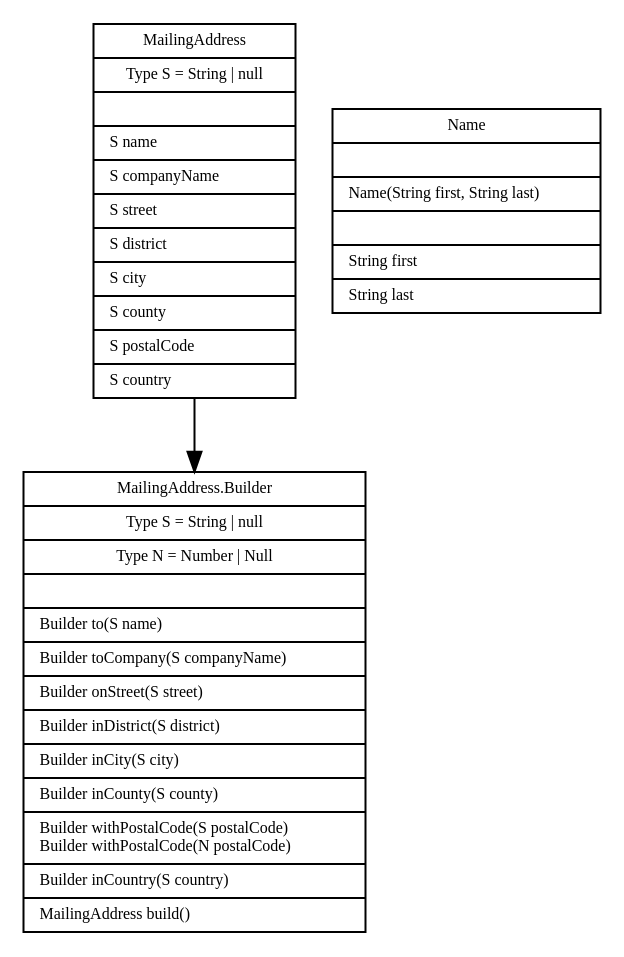
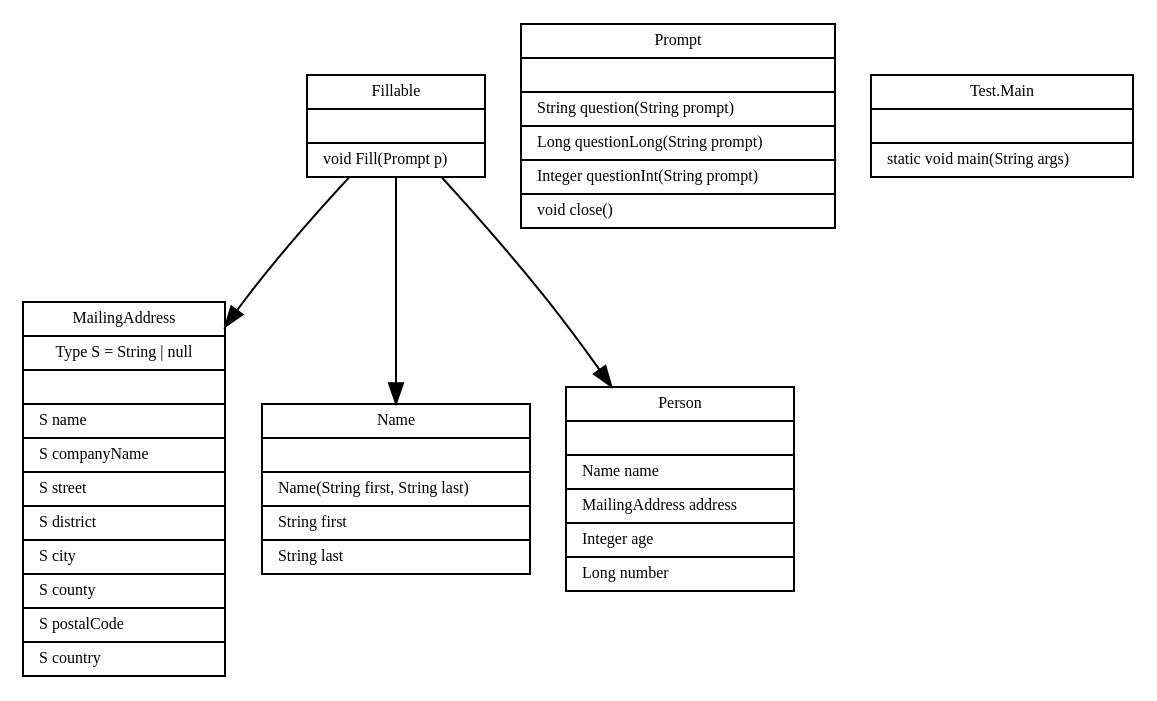
One commit to coallege/Fa20.CIS.D035A.62Z changed the diagram in labs/lab2/PersonalInformation/UML.dot. Above: the diagram before and after it, drawn with Graphviz. The commit also changed 11 other files, not shown here.

```diff
--- a/labs/lab2/PersonalInformation/UML.dot
+++ b/labs/lab2/PersonalInformation/UML.dot
@@ -1,27 +1,40 @@
 digraph PersonalInformation {
    node [
       fontname="Bitstream Vera Sans"
       fontsize=8
       shape=record
    ]
 
    edge [
       fontname="Bitstream Vera Sans"
       fontsize=8
    ]
 
+   Fillable [
+      label="{Fillable||void Fill(Prompt p)\l}"
+   ]
+
    MailingAddress [
-      shape=record
       label="{MailingAddress|Type S = String \| null||S name\l|S companyName\l|S street\l|S district\l|S city\l|S county\l|S postalCode \l|S country \l}"
    ]
 
-   MailingAddress_Builder [
-      label="{MailingAddress.Builder|Type S = String \| null|Type N = Number \| Null||Builder to(S name)\l|Builder toCompany(S companyName)\l|Builder onStreet(S street)\l|Builder inDistrict(S district)\l|Builder inCity(S city)\l|Builder inCounty(S county)\l|Builder withPostalCode(S postalCode)\lBuilder withPostalCode(N postalCode)\l|Builder inCountry(S country)\l|MailingAddress build()\l}"
+   Name [
+      label="{Name||Name(String first, String last)\l|String first\l|String last\l}"
    ]
 
-   Name [
-      label="{Name||Name(String first, String last)\l||String first\l|String last\l}"
+   Person [
+      label="{Person||Name name\l|MailingAddress address\l|Integer age\l|Long number\l}"
    ]
 
-   MailingAddress -> MailingAddress_Builder
+   Prompt [
+      label="{Prompt||String question(String prompt)\l|Long questionLong(String prompt)\l|Integer questionInt(String prompt)\l|void close()\l}"
+   ]
+
+   Test_Main [
+      label="{Test.Main||static void main(String args)\l}"
+   ]
+
+   Fillable -> MailingAddress
+   Fillable -> Name
+   Fillable -> Person
 }
```
